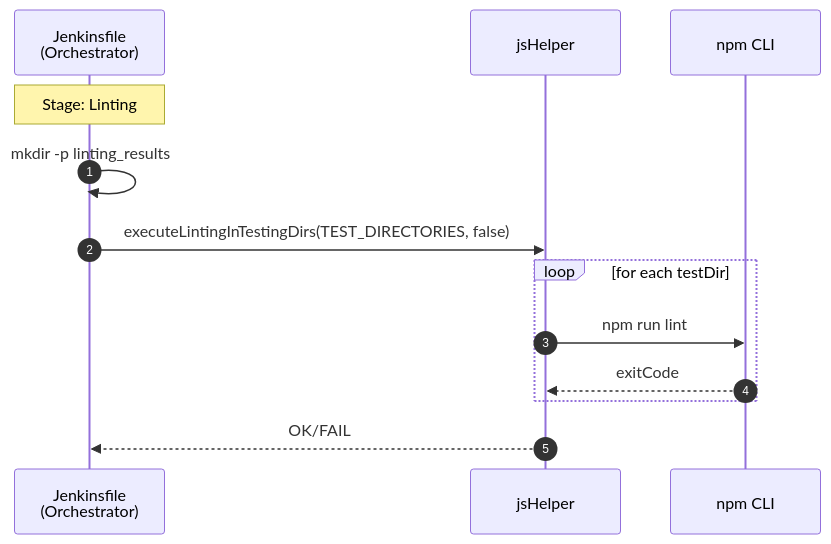
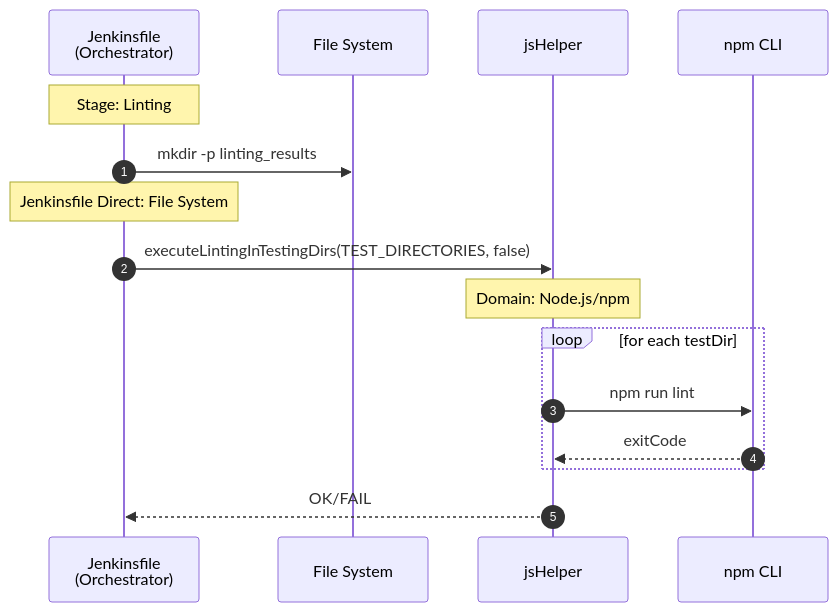
Before and after one commit to JindoKimKor/Self-Binnacle: the fifth of 11 diagrams in Voyages/Projects/VARLab-work-transfer/portfolios/devops-jenkins-linux/4-layer-architecture-and-logger-system-integration/problem-analysis/pipeline-sequence-diagrams/js-cd.md, drawn with Mermaid. The commit also changed other lines of this file and 55 other files, not shown here.

First line of the commit message:
refactor(4-layer-architecture): Standardize analysis document naming and format

````diff
--- a/Voyages/Projects/VARLab-work-transfer/portfolios/devops-jenkins-linux/4-layer-architecture-and-logger-system-integration/problem-analysis/pipeline-sequence-diagrams/js-cd.md
+++ b/Voyages/Projects/VARLab-work-transfer/portfolios/devops-jenkins-linux/4-layer-architecture-and-logger-system-integration/problem-analysis/pipeline-sequence-diagrams/js-cd.md
@@ -188,19 +197,22 @@
 ```mermaid
 sequenceDiagram
     autonumber
 
     participant JF as Jenkinsfile<br/>(Orchestrator)
+    participant FS as File System
     participant JSH as jsHelper
     participant NPM as npm CLI
 
     Note over JF: Stage: Linting
 
-    JF->>JF: mkdir -p linting_results
+    JF->>FS: mkdir -p linting_results
+    Note over JF: Jenkinsfile Direct: File System
 
     JF->>JSH: executeLintingInTestingDirs(TEST_DIRECTORIES, false)
+    Note over JSH: Domain: Node.js/npm
     loop for each testDir
         JSH->>NPM: npm run lint
         NPM-->>JSH: exitCode
     end
     JSH-->>JF: OK/FAIL
 ```
````
